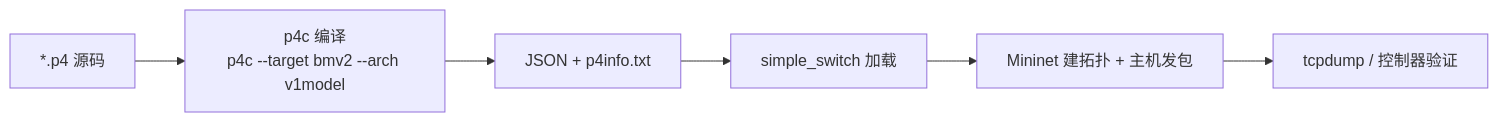
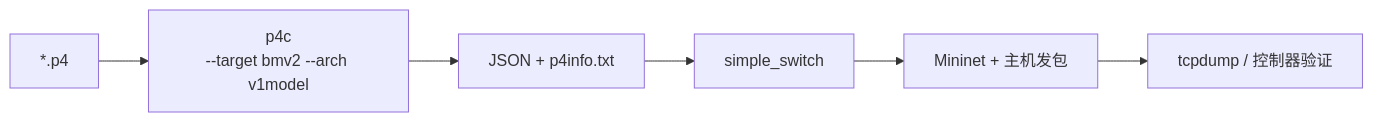
Before and after one commit to Sukkk-zcy/Sukkk-zcy.github.io: the second of 4 diagrams in src/content/blog/P4/p4-03-practice-frontier.mdx, drawn with Mermaid. The commit also changed other lines of this file and 2 other files, not shown here.

````diff
--- a/src/content/blog/P4/p4-03-practice-frontier.mdx
+++ b/src/content/blog/P4/p4-03-practice-frontier.mdx
@@ -45,8 +44,8 @@
 ```mermaid
 flowchart LR
-    A["*.p4 源码"] --> B["p4c 编译<br/>p4c --target bmv2 --arch v1model"]
+    A["*.p4"] --> B["p4c<br/>--target bmv2 --arch v1model"]
     B --> C["JSON + p4info.txt"]
-    C --> D["simple_switch 加载"]
-    D --> E["Mininet 建拓扑 + 主机发包"]
+    C --> D["simple_switch"]
+    D --> E["Mininet + 主机发包"]
     E --> F["tcpdump / 控制器验证"]
 ```
````
